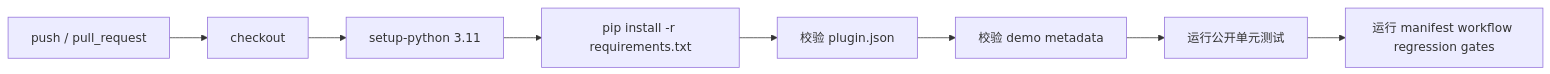
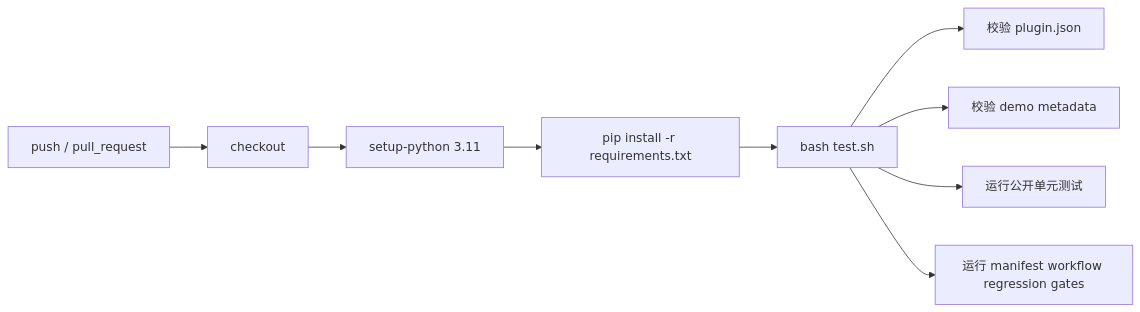
Before and after one commit to dabaige53/RealAnalyst: the diagram in .github/workflows/README.md, drawn with Mermaid. The commit also changed other lines of this file and 6 other files, not shown here.

````diff
--- a/.github/workflows/README.md
+++ b/.github/workflows/README.md
@@ -10,10 +10,11 @@
 ```mermaid
 flowchart LR
     Push[push / pull_request] --> Checkout[checkout]
     Checkout --> Py[setup-python 3.11]
     Py --> Install[pip install -r requirements.txt]
-    Install --> Manifest[校验 plugin.json]
-    Manifest --> Metadata[校验 demo metadata]
-    Metadata --> UnitTests[运行公开单元测试]
-    UnitTests --> Regression[运行 manifest workflow regression gates]
+    Install --> TestSh[bash test.sh]
+    TestSh --> Manifest[校验 plugin.json]
+    TestSh --> Metadata[校验 demo metadata]
+    TestSh --> UnitTests[运行公开单元测试]
+    TestSh --> Regression[运行 manifest workflow regression gates]
 ```
````
